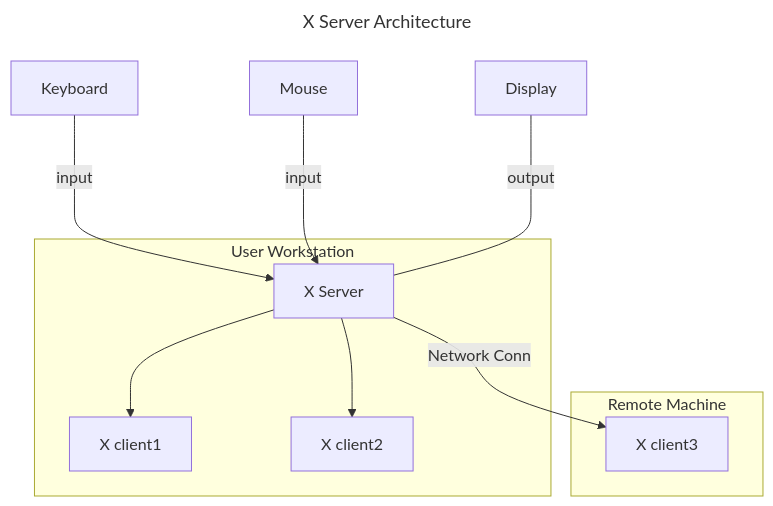
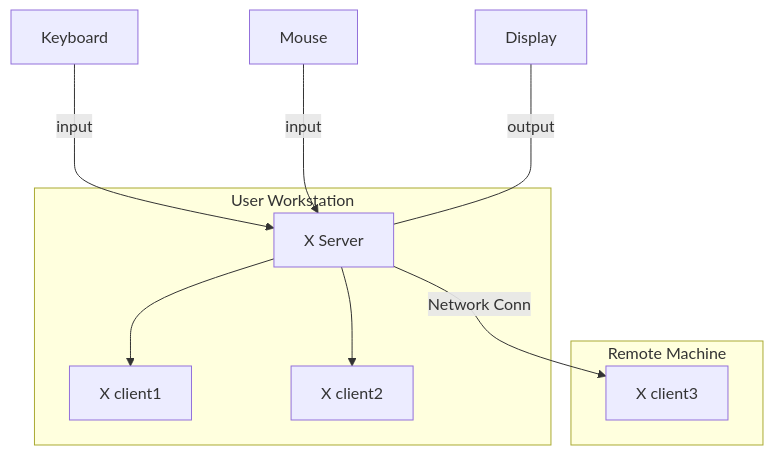
The diagram in minilibx.md (paulorsfaria/42_Fractol_Resources), drawn with Mermaid before and after one commit.

Commit message:
minilibx.md : X updated

````diff
--- a/minilibx.md
+++ b/minilibx.md
@@ -17,21 +17,18 @@
 ```mermaid
----
-title: X Server Architecture
----
 flowchart TB
 	Display[Display]
 	Keys[Keyboard]
 	Mouse[Mouse]
 
 	Keys[Keyboard] --->|input| Xserv[X Server]
 	Mouse[Mouse] --->|input| Xserv
 	Display[Display] <---|output| Xserv
 	subgraph W[User Workstation]
 		Xserv[X Server]
 		Xserv --> X-client[X client1]
 		Xserv --> X-client2[X client2]
 	end
 	subgraph Remote Machine
 		Xserv -->|Network Conn| X-client3[X client3]
 	end
 ```
````
